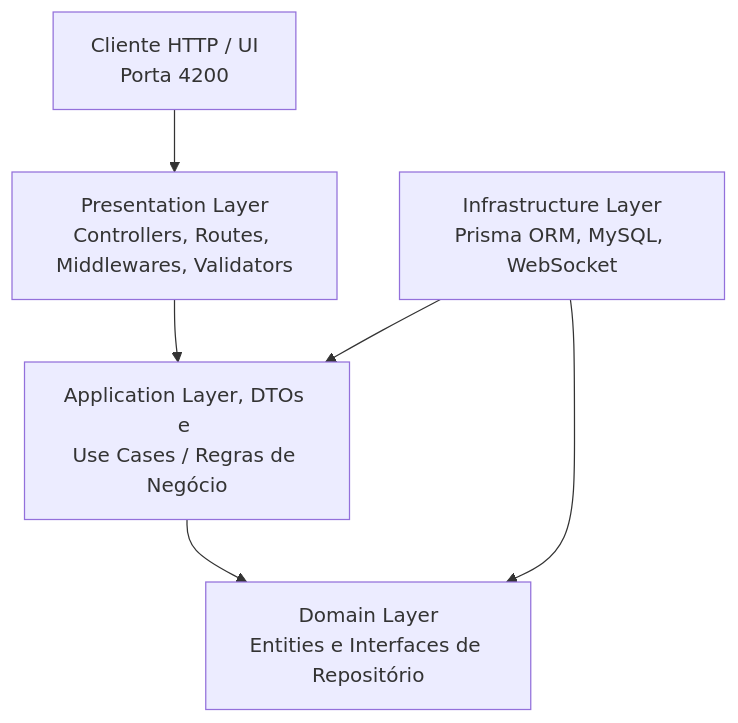
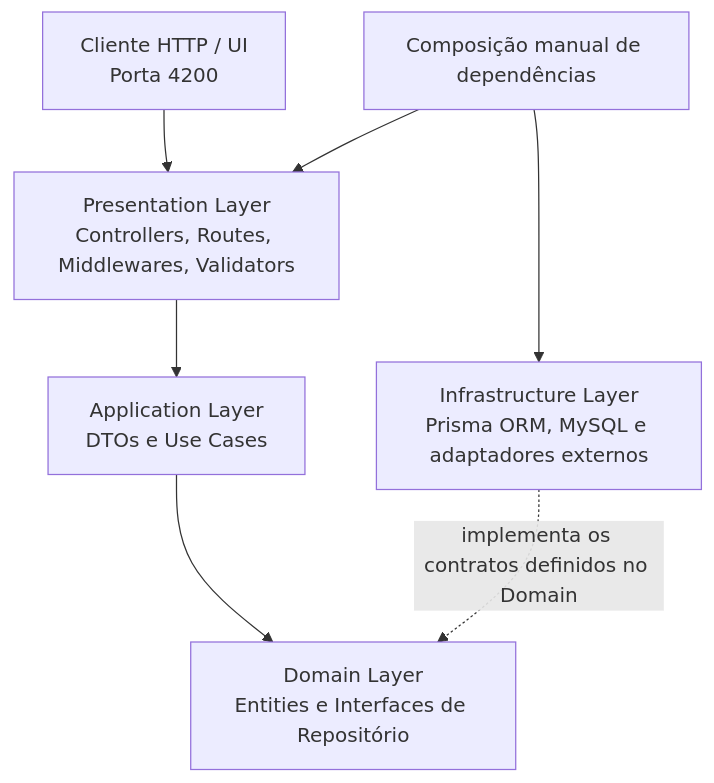
One commit to DiegoSantos18/NATIVE.CustomerManagement.API changed the diagram in README.md. Above: the diagram before and after it, drawn with Mermaid. The commit also changed other lines of this file, not shown here.

Commit message:
docs(api): update clean architecture diagram

````diff
--- a/README.md
+++ b/README.md
@@ -24,8 +24,9 @@
 ```mermaid
 graph TD
-    Client[Cliente HTTP / UI<br>Porta 4200] --> Presentation[Presentation Layer<br>Controllers, Routes, Middlewares, Validators]
-    Presentation --> Application[Application Layer, DTOs e <br>Use Cases / Regras de Negócio]
-    Application --> Domain[Domain Layer<br>Entities e Interfaces de Repositório]
-    Infrastructure[Infrastructure Layer<br>Prisma ORM, MySQL, WebSocket] --> Application
-    Infrastructure --> Domain
+    Client["Cliente HTTP / UI<br/>Porta 4200"] --> Presentation["Presentation Layer<br/>Controllers, Routes, Middlewares, Validators"]
+    Presentation --> Application["Application Layer<br/>DTOs e Use Cases"]
+    Application --> Domain["Domain Layer<br/>Entities e Interfaces de Repositório"]
+    Infrastructure["Infrastructure Layer<br/>Prisma ORM, MySQL e adaptadores externos"] -. "implementa os contratos definidos no Domain" .-> Domain
+    Composition["Composição manual de dependências"] --> Presentation
+    Composition --> Infrastructure
 ```
````
